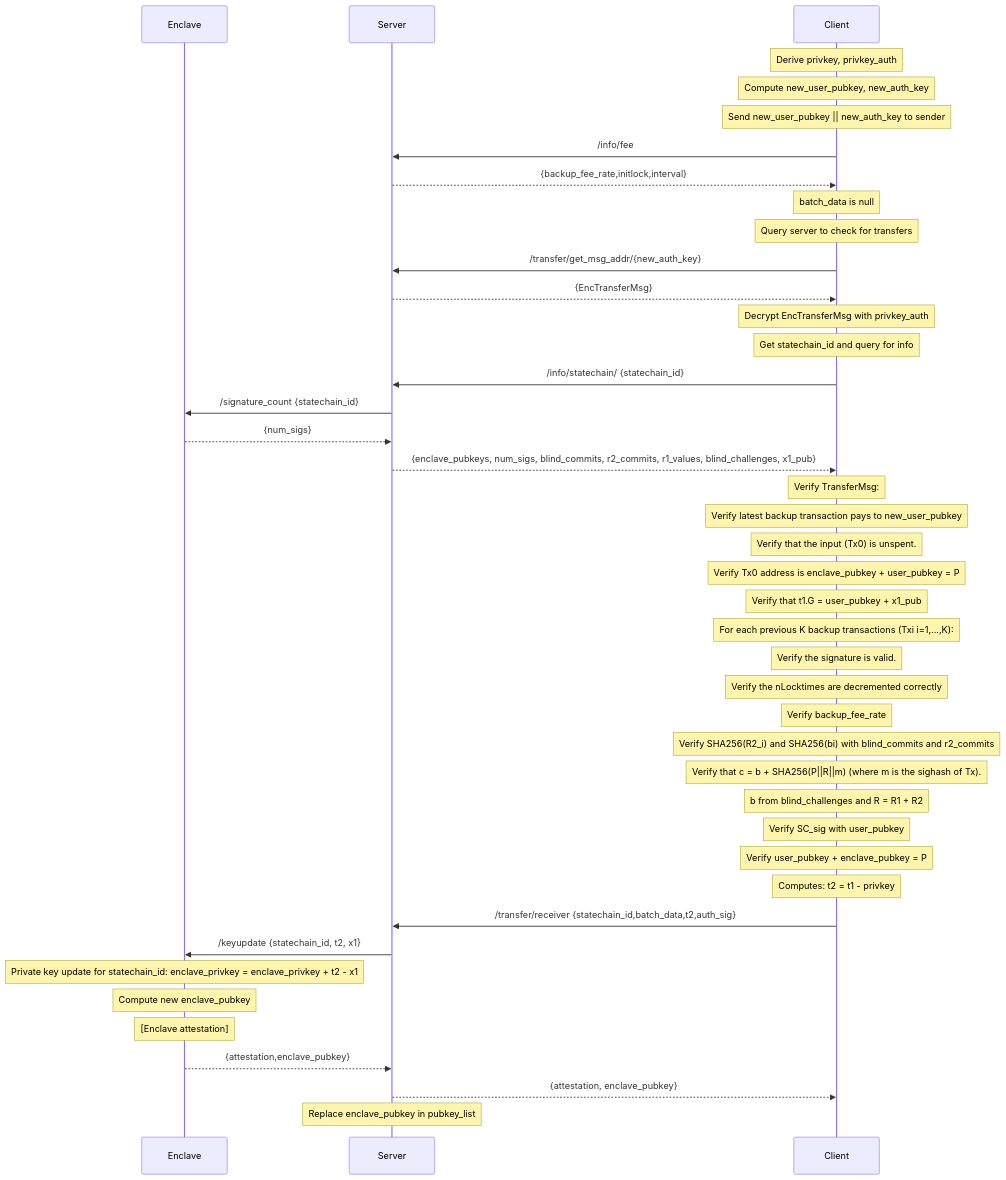
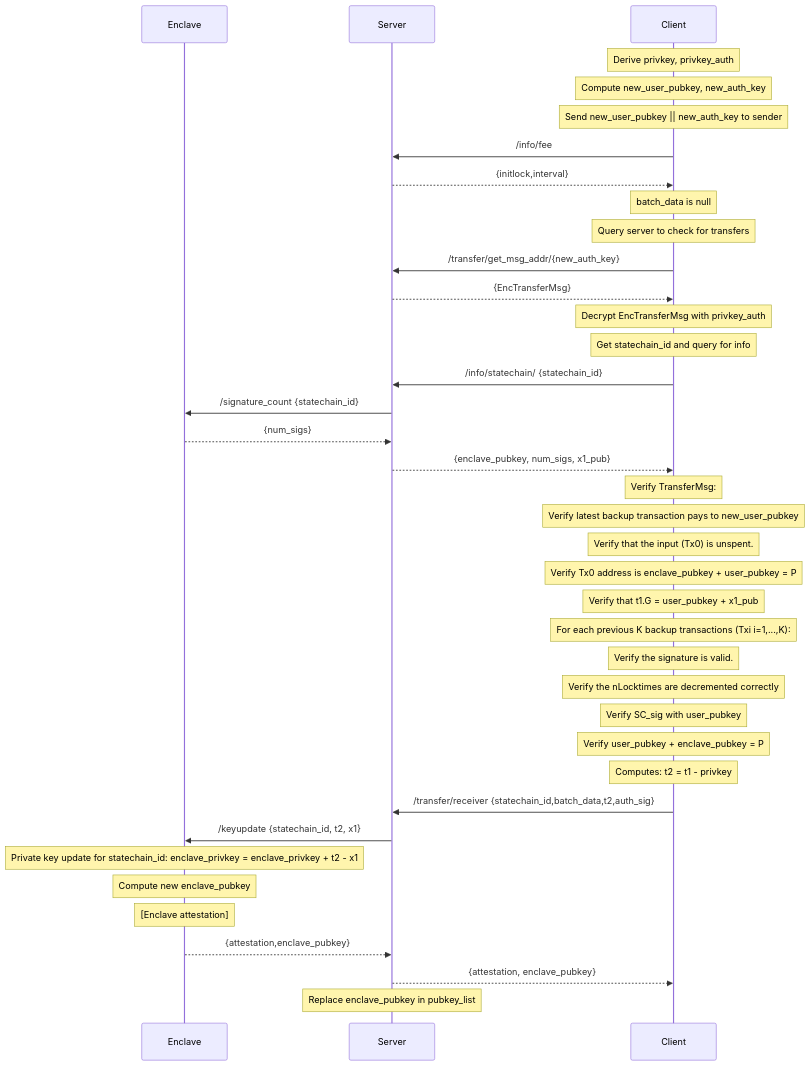
Before and after one commit to commerceblock/mercurylayer: the diagram in docs/transfer_receiver_sequence.md, drawn with Mermaid.

````diff
--- a/docs/transfer_receiver_sequence.md
+++ b/docs/transfer_receiver_sequence.md
@@ -3,44 +3,40 @@
 ```mermaid
 sequenceDiagram
     participant Enclave
     participant Server
     participant Client
     note over Client: Derive privkey, privkey_auth
     note over Client: Compute new_user_pubkey, new_auth_key
     note over Client: Send new_user_pubkey || new_auth_key to sender
     Client->>Server: /info/fee
-    Server-->>Client: {backup_fee_rate,initlock,interval}
+    Server-->>Client: {initlock,interval}
     note over Client: batch_data is null
     note over Client: Query server to check for transfers
     Client->>Server: /transfer/get_msg_addr/{new_auth_key}
     Server-->>Client: {EncTransferMsg}
     note over Client: Decrypt EncTransferMsg with privkey_auth
     note over Client: Get statechain_id and query for info
     Client->>Server: /info/statechain/ {statechain_id}
     Server->>Enclave: /signature_count {statechain_id}
     Enclave-->>Server: {num_sigs}
-    Server-->>Client: {enclave_pubkeys, num_sigs, blind_commits, r2_commits, r1_values, blind_challenges, x1_pub}
+    Server-->>Client: {enclave_pubkey, num_sigs, x1_pub}
     note over Client: Verify TransferMsg:
     note over Client: Verify latest backup transaction pays to new_user_pubkey
     note over Client: Verify that the input (Tx0) is unspent.
     note over Client: Verify Tx0 address is enclave_pubkey + user_pubkey = P
     note over Client: Verify that t1.G = user_pubkey + x1_pub
     note over Client: For each previous K backup transactions (Txi i=1,...,K):
     note over Client:   Verify the signature is valid.
     note over Client:   Verify the nLocktimes are decremented correctly
-    note over Client:   Verify backup_fee_rate
-    note over Client:   Verify SHA256(R2_i) and SHA256(bi) with blind_commits and r2_commits
-    note over Client:   Verify that c = b + SHA256(P||R||m) (where m is the sighash of Tx).
-    note over Client:   b from blind_challenges and R = R1 + R2
     note over Client: Verify SC_sig with user_pubkey
     note over Client: Verify user_pubkey + enclave_pubkey = P
     note over Client: Computes: t2 = t1 - privkey
     Client->>Server: /transfer/receiver {statechain_id,batch_data,t2,auth_sig}
     Server->>Enclave: /keyupdate {statechain_id, t2, x1}
     note over Enclave: Private key update for statechain_id: enclave_privkey = enclave_privkey + t2 - x1
     note over Enclave: Compute new enclave_pubkey
     note over Enclave: [Enclave attestation]
     Enclave-->>Server: {attestation,enclave_pubkey}
     Server-->>Client: {attestation, enclave_pubkey}
     note over Server: Replace enclave_pubkey in pubkey_list
 ```
````
